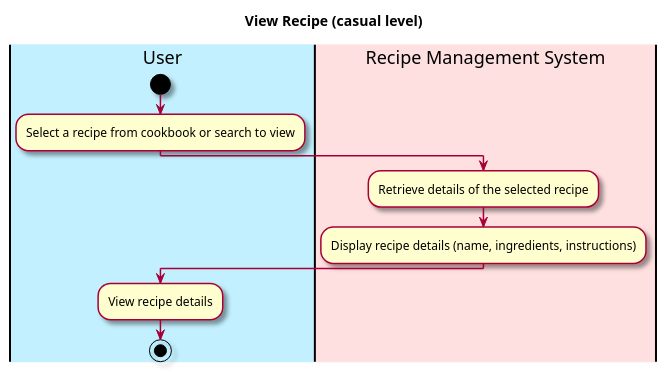
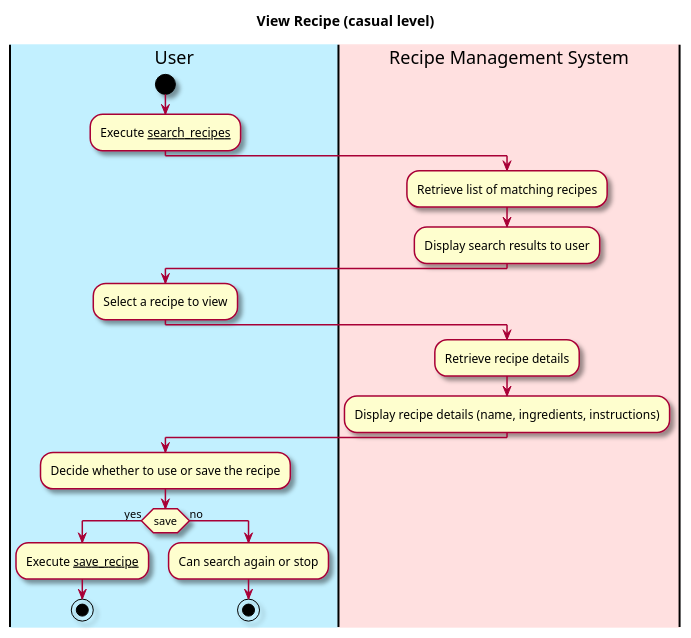
Before and after one commit to berthashipper/Pantry-Pal-Android-Application: the diagram in intellij/doc/use-cases/view_recipe.md, drawn with PlantUML. The commit also changed other lines of this file and 1 other file, not shown here.

Commit message:
Wrote view_saved_recipes use case

````diff
--- a/intellij/doc/use-cases/view_recipe.md
+++ b/intellij/doc/use-cases/view_recipe.md
@@ -27,24 +27,34 @@
 ```plantuml
 @startuml
 
 skin rose
 
 title View Recipe (casual level)
 
 'define the lanes
 |#application|User|
 |#implementation|Recipe Management System|
 
 |User|
 start
-:Select a recipe from cookbook or search to view;
+:Execute __search_recipes__;
 |Recipe Management System|
-:Retrieve details of the selected recipe;
+:Retrieve list of matching recipes;
+:Display search results to user;
+
+|User|
+:Select a recipe to view;
+|Recipe Management System|
+:Retrieve recipe details;
 :Display recipe details (name, ingredients, instructions);
 
 |User|
-:View recipe details;
-
+:Decide whether to use or save the recipe;
+if (save) is (yes) then
+:Execute __save_recipe__;
+stop
+else (no)
+:Can search again or stop;
 stop
 @enduml
 ```
````
